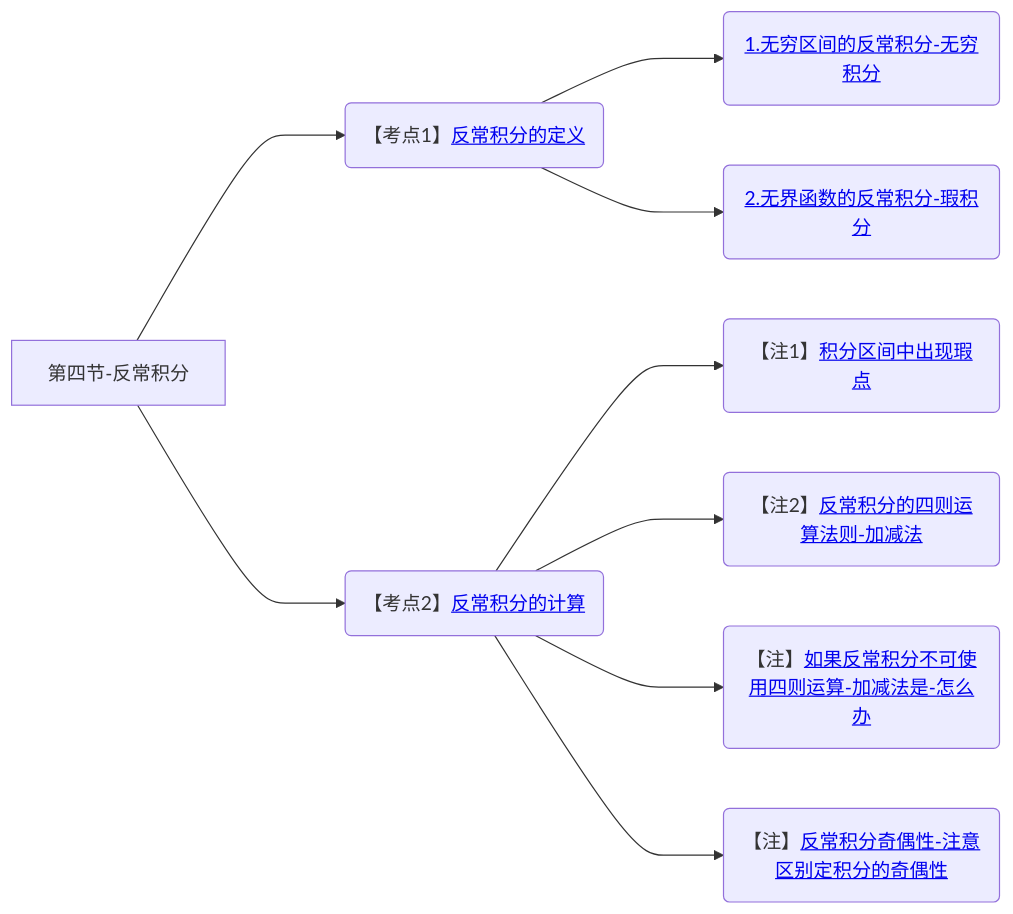
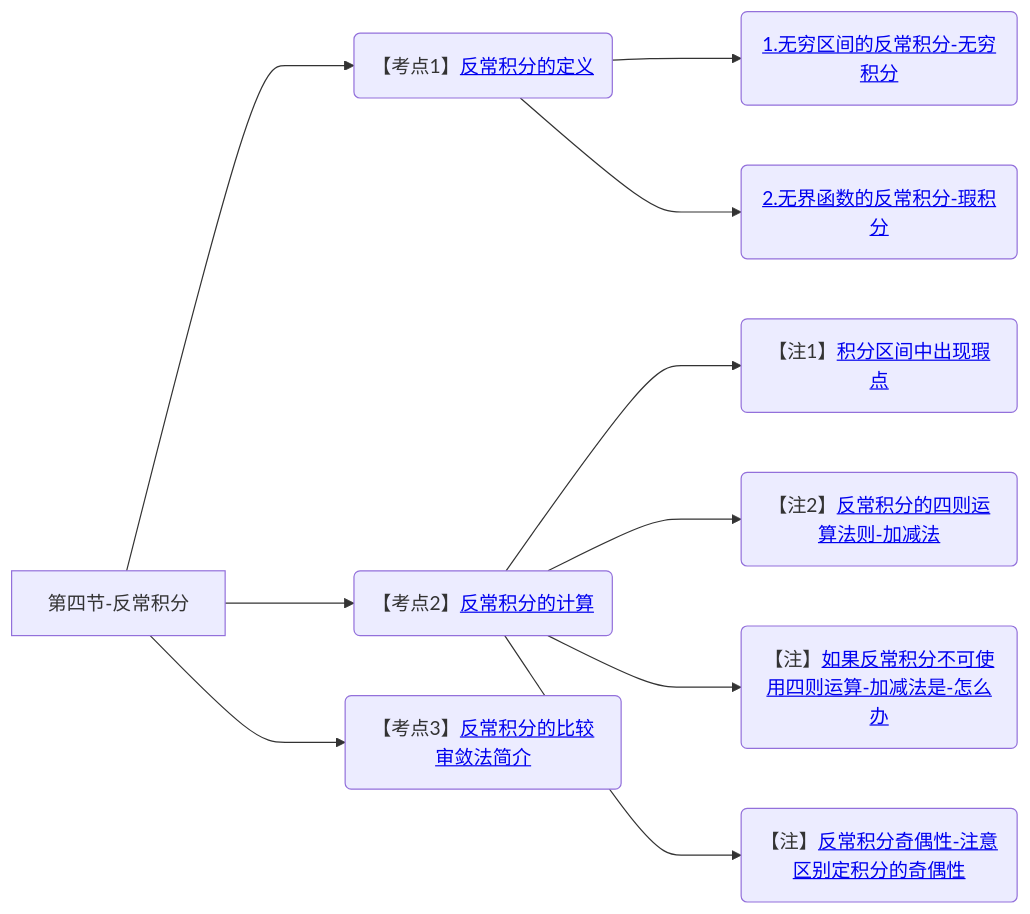
One commit to yuebinghui/note changed diagram 22 of 22 in 笔记/数学/周洋鑫/01.基础班思维导图.md. Above: the diagram before and after it, drawn with Mermaid. The commit also changed 4 other files, not shown here.

````diff
--- a/笔记/数学/周洋鑫/01.基础班思维导图.md
+++ b/笔记/数学/周洋鑫/01.基础班思维导图.md
@@ -789,17 +789,19 @@
 ```mermaid
 graph LR
 第四节-反常积分
 
 第四节-反常积分--->反常积分的定义(【考点1】<a href="/Users/yuebinghui/Documents/program/github/note/笔记/数学/周洋鑫/基础班/25.定积分的应用.md#反常积分的定义">反常积分的定义</>)
 反常积分的定义--->1.无穷区间的反常积分-无穷积分(<a href="/Users/yuebinghui/Documents/program/github/note/笔记/数学/周洋鑫/基础班/25.定积分的应用.md#1.无穷区间的反常积分-无穷积分">1.无穷区间的反常积分-无穷积分</>)
 反常积分的定义--->2.无界函数的反常积分-瑕积分(<a href="/Users/yuebinghui/Documents/program/github/note/笔记/数学/周洋鑫/基础班/25.定积分的应用.md#2.无界函数的反常积分-瑕积分">2.无界函数的反常积分-瑕积分</>)
 
 第四节-反常积分--->反常积分的计算(【考点2】<a href="/Users/yuebinghui/Documents/program/github/note/笔记/数学/周洋鑫/基础班/25.定积分的应用.md#反常积分的计算">反常积分的计算</>)
 反常积分的计算--->积分区间中出现瑕点(【注1】<a href="/Users/yuebinghui/Documents/program/github/note/笔记/数学/周洋鑫/基础班/25.定积分的应用.md#积分区间中出现瑕点">积分区间中出现瑕点</>)
 反常积分的计算--->反常积分的四则运算法则-加减法(【注2】<a href="/Users/yuebinghui/Documents/program/github/note/笔记/数学/周洋鑫/基础班/25.定积分的应用.md#反常积分的四则运算法则-加减法">反常积分的四则运算法则-加减法</>)
 反常积分的计算--->如果反常积分不可使用四则运算-加减法是-怎么办(【注】<a href="/Users/yuebinghui/Documents/program/github/note/笔记/数学/周洋鑫/基础班/25.定积分的应用.md#如果反常积分不可使用四则运算-加减法是-怎么办">如果反常积分不可使用四则运算-加减法是-怎么办</>)
 反常积分的计算--->反常积分奇偶性-注意区别定积分的奇偶性(【注】<a href="/Users/yuebinghui/Documents/program/github/note/笔记/数学/周洋鑫/基础班/25.定积分的应用.md#反常积分奇偶性-注意区别定积分的奇偶性">反常积分奇偶性-注意区别定积分的奇偶性</>)
 
+第四节-反常积分--->反常积分的比较审敛法简介(【考点3】<a href="/Users/yuebinghui/Documents/program/github/note/笔记/数学/周洋鑫/基础班/25.定积分的应用.md#反常积分的比较审敛法简介">反常积分的比较审敛法简介</>)
+
 
 
 ```
````
